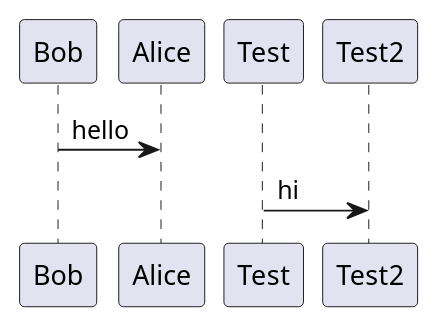
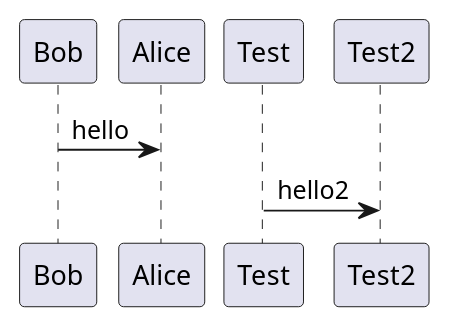
The diagram in diagrams/first.puml (falarcond/plantuml), drawn with PlantUML before and after one commit.

```diff
--- a/diagrams/first.puml
+++ b/diagrams/first.puml
@@ -1,4 +1,4 @@
 @startuml
 Bob -> Alice : hello
-Test -> Test2 : hi
+Test -> Test2 : hello2
 @enduml
```
